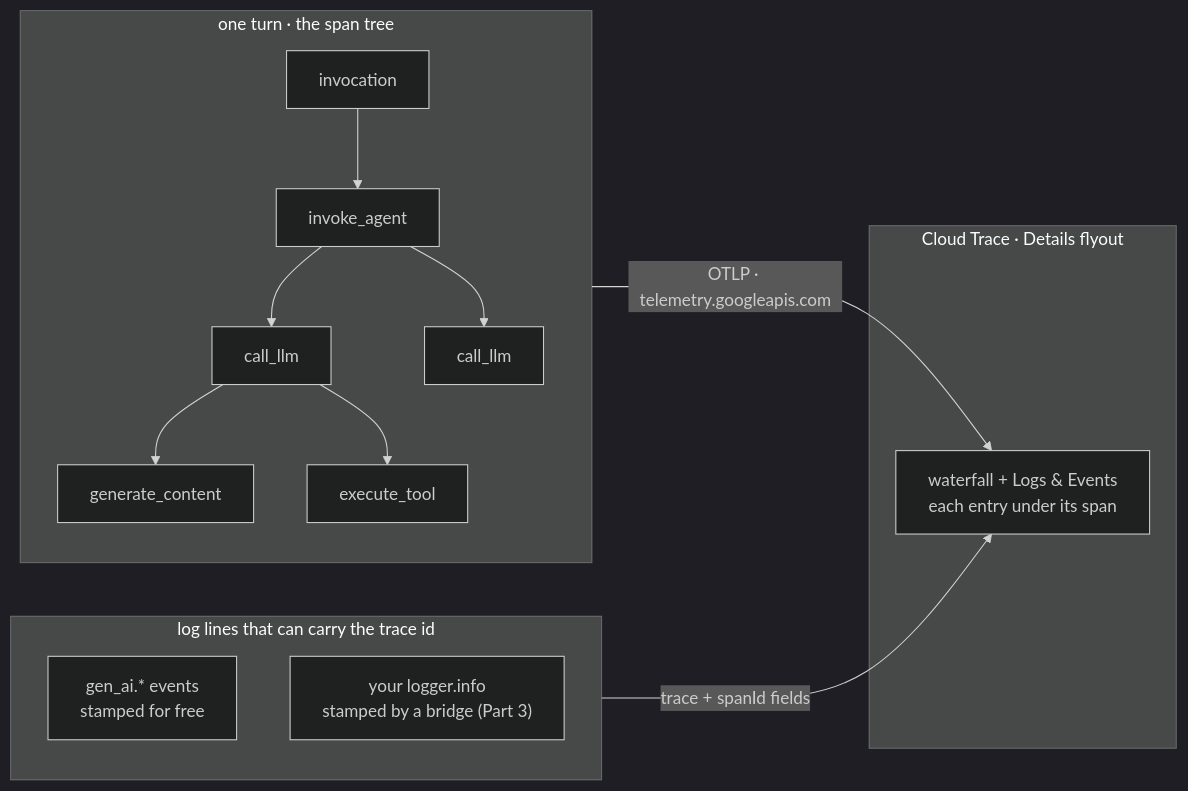
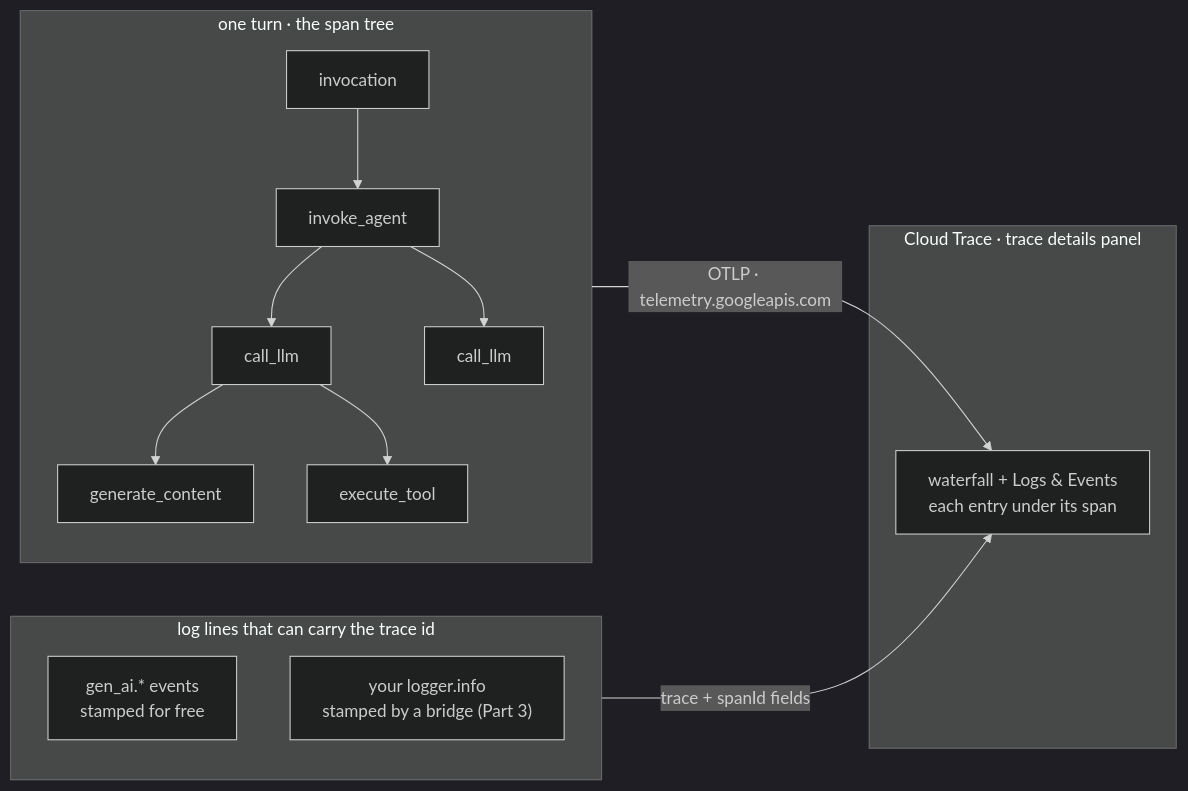
Before and after one commit to roitraining/gcp-demos: the diagram in ai/adk/tracing/TUTORIAL.md, drawn with Mermaid (dark theme). The commit also changed other lines of this file and 8 other files, not shown here.

````diff
--- a/ai/adk/tracing/TUTORIAL.md
+++ b/ai/adk/tracing/TUTORIAL.md
@@ -16,19 +17,19 @@
 ```mermaid
 flowchart LR
   subgraph gen["one turn · the span tree"]
     inv["invocation"] --> ag["invoke_agent"]
     ag --> l1["call_llm"]
     l1 --> gc["generate_content"]
     l1 --> t1["execute_tool"]
     ag --> l2["call_llm"]
   end
   subgraph logs["log lines that can carry the trace id"]
     e1["gen_ai.* events<br/>stamped for free"]
     e2["your logger.info<br/>stamped by a bridge (Part 3)"]
   end
-  subgraph cloud["Cloud Trace · Details flyout"]
+  subgraph cloud["Cloud Trace · trace details panel"]
     wf["waterfall + Logs &amp; Events<br/>each entry under its span"]
   end
   gen -->|"OTLP · telemetry.googleapis.com"| wf
   logs -->|"trace + spanId fields"| wf
 ```
````
